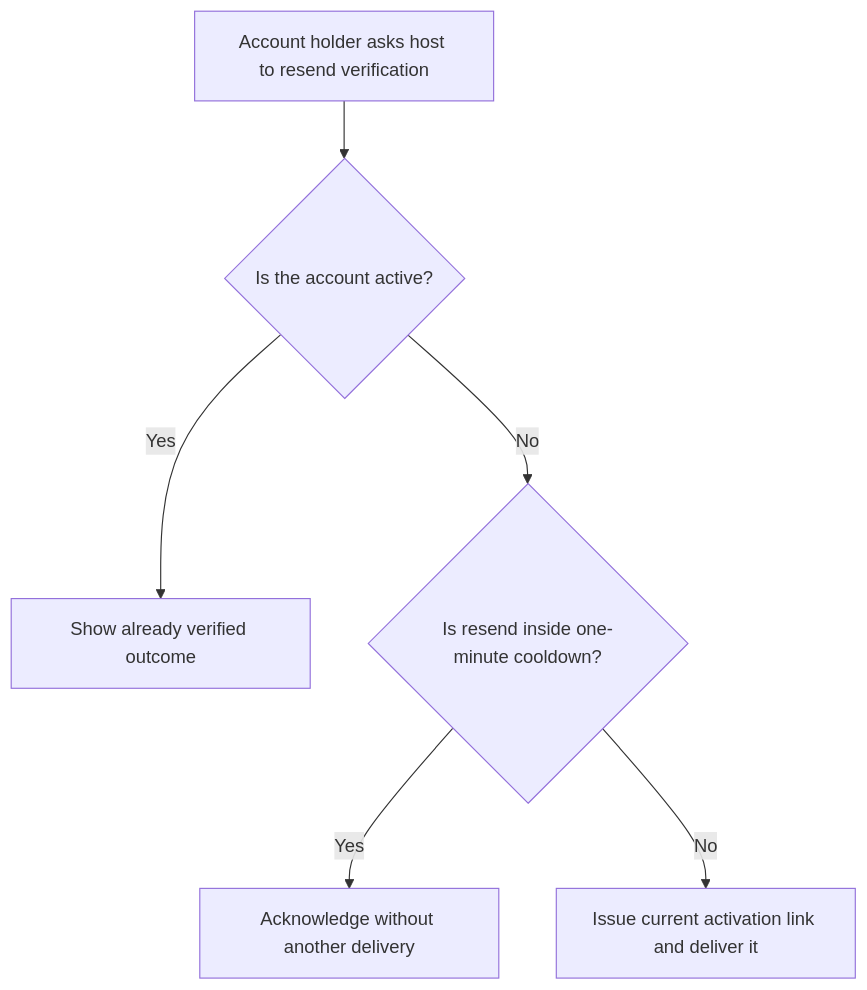
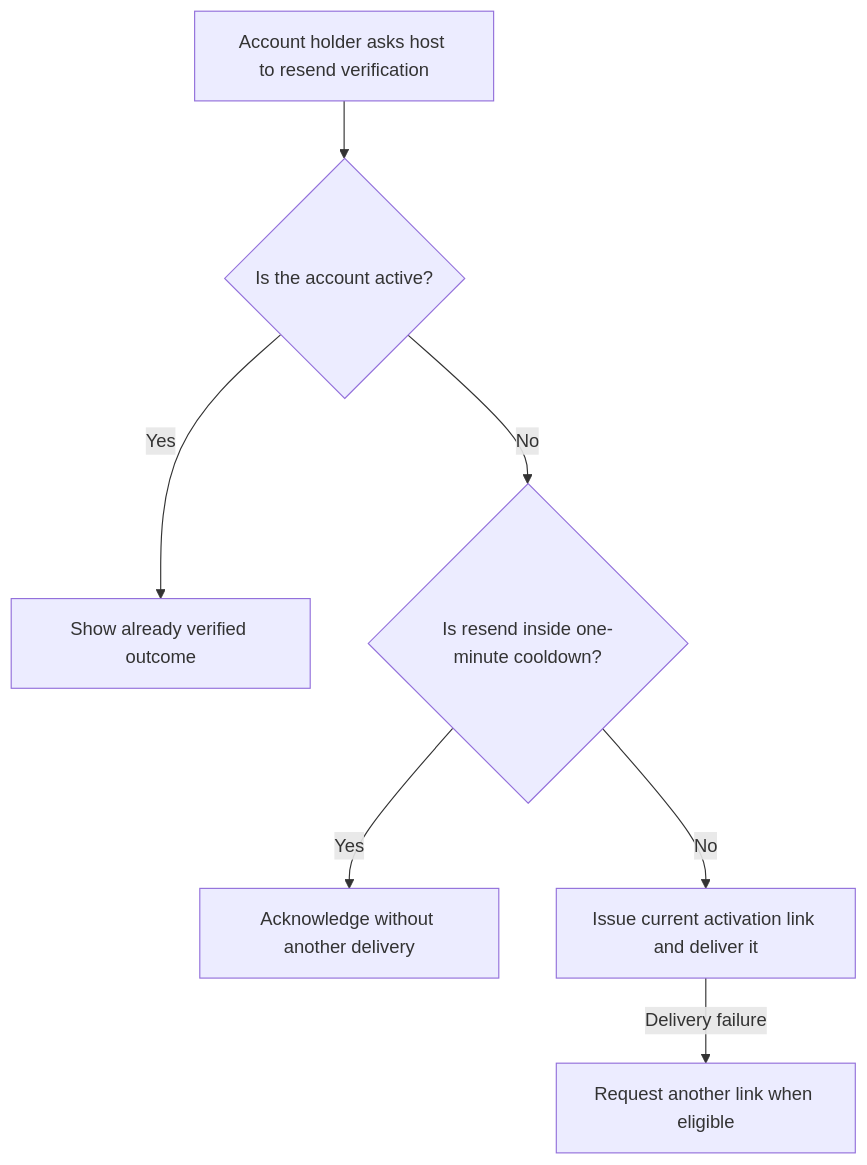
The first of 2 diagrams in user-stories/US-ACCOUNT-37-resend-verification.md (Kevinjohn/oss-adonisjs-account-kit), drawn with Mermaid before and after one commit. The commit also changed other lines of this file and 70 other files, not shown here.

````diff
--- a/user-stories/US-ACCOUNT-37-resend-verification.md
+++ b/user-stories/US-ACCOUNT-37-resend-verification.md
@@ -19,8 +21,9 @@
 ```mermaid
 flowchart TD
  A["Account holder asks host to resend verification"] --> B{"Is the account active?"}
  B -->|Yes| C["Show already verified outcome"]
  B -->|No| D{"Is resend inside one-minute cooldown?"}
  D -->|Yes| E["Acknowledge without another delivery"]
  D -->|No| F["Issue current activation link and deliver it"]
+ F -->|Delivery failure| G["Request another link when eligible"]
 ```
````
